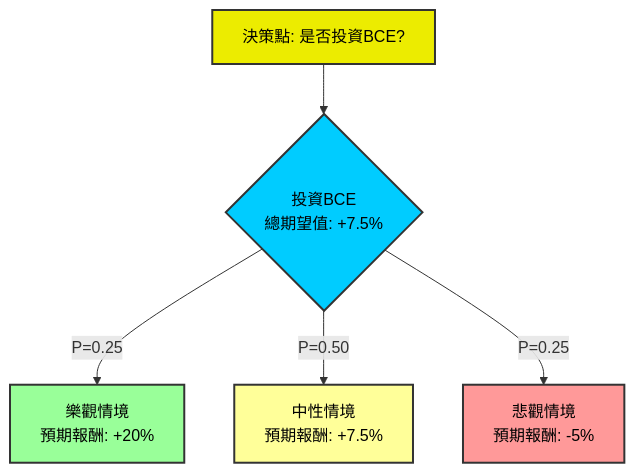
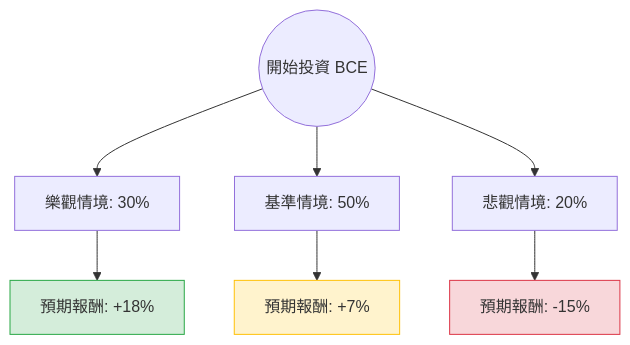
The diagram in plugin-react/ai-analysis/ev-analysis/BCE.md (zmcx16/zmcx16.github.io), drawn with Mermaid before and after one commit. The commit also changed other lines of this file and 65 other files, not shown here.

````diff
--- a/plugin-react/ai-analysis/ev-analysis/BCE.md
+++ b/plugin-react/ai-analysis/ev-analysis/BCE.md
@@ -43,13 +20,14 @@
 ```mermaid
 graph TD
-    A[決策點: 是否投資BCE?] --> B{投資BCE<br>總期望值: +7.5%}
-    B -- P=0.25 --> C[樂觀情境<br>預期報酬: +20%]
-    B -- P=0.50 --> D[中性情境<br>預期報酬: +7.5%]
-    B -- P=0.25 --> E[悲觀情境<br>預期報酬: -5%]
+    Start((開始投資 BCE)) --> Bull[樂觀情境: 30%]
+    Start --> Base[基準情境: 50%]
+    Start --> Bear[悲觀情境: 20%]
 
-    style A fill:#ECEC00,stroke:#333,stroke-width:2px,color:#000
-    style B fill:#00CCFF,stroke:#333,stroke-width:2px,color:#000
-    style C fill:#99FF99,stroke:#333,stroke-width:2px,color:#000
-    style D fill:#FFFF99,stroke:#333,stroke-width:2px,color:#000
-    style E fill:#FF9999,stroke:#333,stroke-width:2px,color:#000
+    Bull --> Bull_Ret[預期報酬: +18%]
+    Base --> Base_Ret[預期報酬: +7%]
+    Bear --> Bear_Ret[預期報酬: -15%]
+
+    style Bull_Ret fill:#d4edda,stroke:#28a745
+    style Base_Ret fill:#fff3cd,stroke:#ffc107
+    style Bear_Ret fill:#f8d7da,stroke:#dc3545
 ```
````
